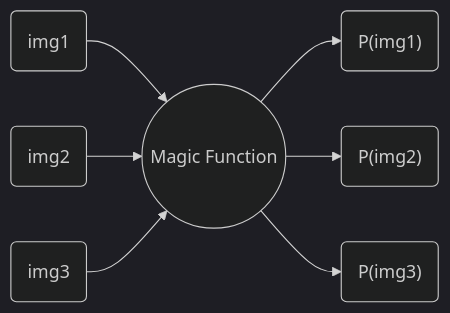
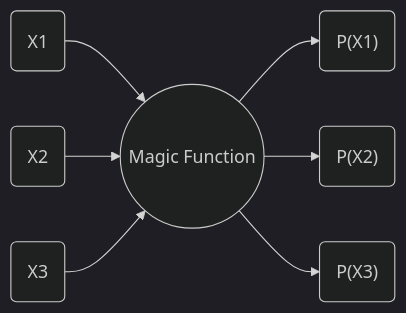
The first of 2 diagrams in posts/stable-diffusion/index.qmd (Harsh5harma/blog), drawn with Mermaid (dark theme) before and after one commit. The commit also changed other lines of this file and 17 other files, not shown here.

````diff
--- a/posts/stable-diffusion/index.qmd
+++ b/posts/stable-diffusion/index.qmd
@@ -70,10 +65,10 @@
 ```{mermaid}
 flowchart LR
-  I1(img1) --> F((Magic Function))
-  I2(img2) --> F
-  I3(img3) --> F
-  F --> O1("P(img1)")
-  F --> O2("P(img2)")
-  F --> O3("P(img3)")
+  I1(X1) --> F((Magic Function))
+  I2(X2) --> F
+  I3(X3) --> F
+  F --> O1("P(X1)")
+  F --> O2("P(X2)")
+  F --> O3("P(X3)")
 
 ```
````
